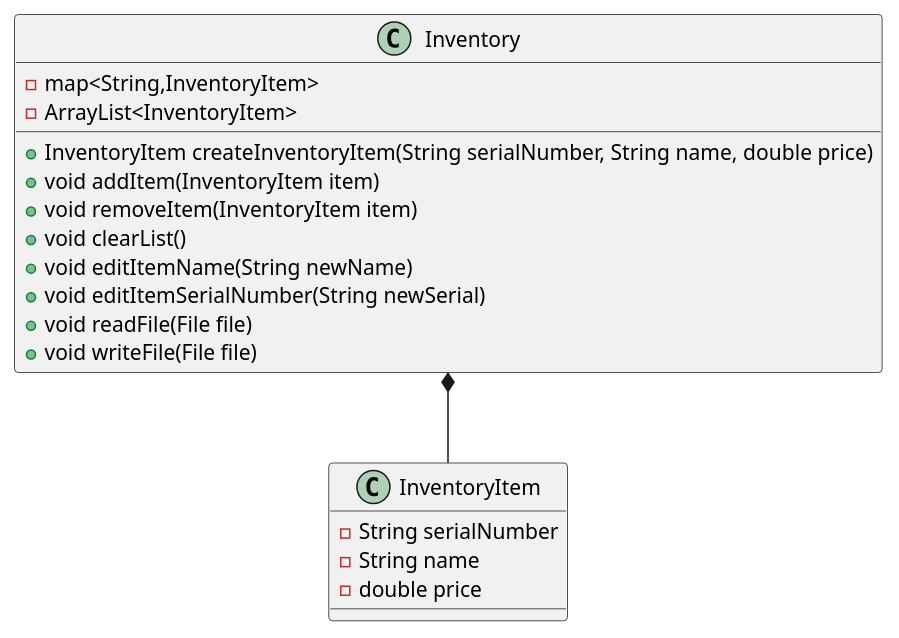
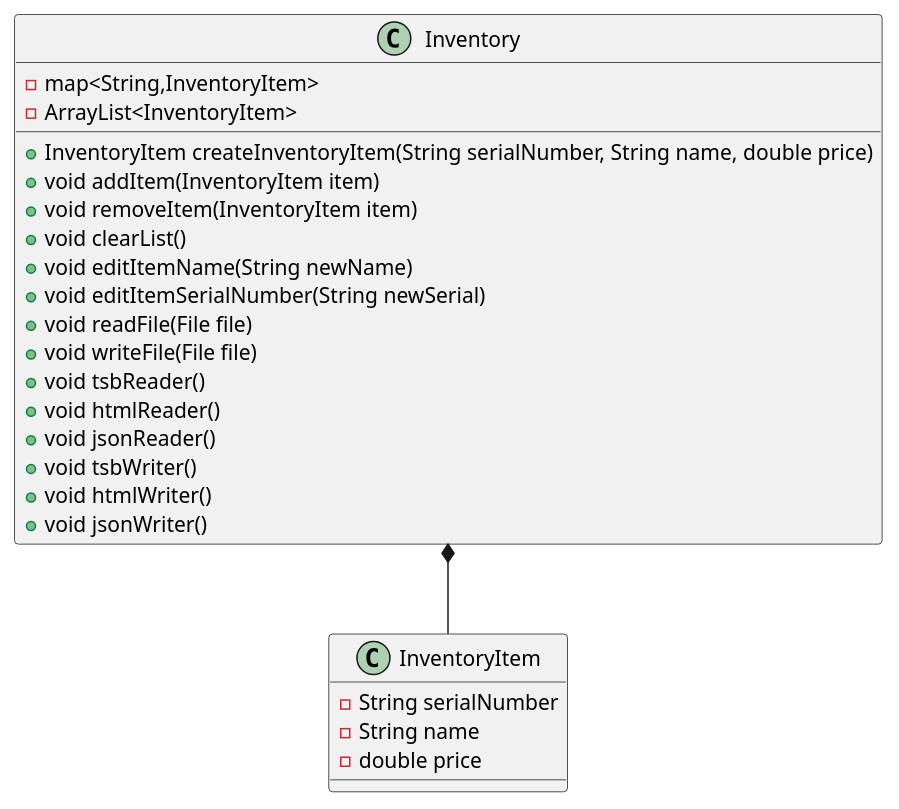
One commit to JSCaracal/sipos-app2 changed the diagram in docs/Inventory.puml. Above: the diagram before and after it, drawn with PlantUML. The commit also changed 2 other files, not shown here.

```diff
--- a/docs/Inventory.puml
+++ b/docs/Inventory.puml
@@ -1,28 +1,34 @@
 @startuml
 'https://plantuml.com/class-diagram
 
 
 class Inventory {
     -map<String,InventoryItem>
     -ArrayList<InventoryItem>
 
     +InventoryItem createInventoryItem(String serialNumber, String name, double price)
     +void addItem(InventoryItem item)
     +void removeItem(InventoryItem item)
     +void clearList()
     +void editItemName(String newName)
     +void editItemSerialNumber(String newSerial)
     +void readFile(File file)
     +void writeFile(File file)
+    +void tsbReader()
+    +void htmlReader()
+    +void jsonReader()
+    +void tsbWriter()
+    +void htmlWriter()
+    +void jsonWriter()
 }
 
 class InventoryItem{
     -String serialNumber
     -String name
     -double price
 
 }
 
 Inventory*--InventoryItem
 
 @enduml
```
